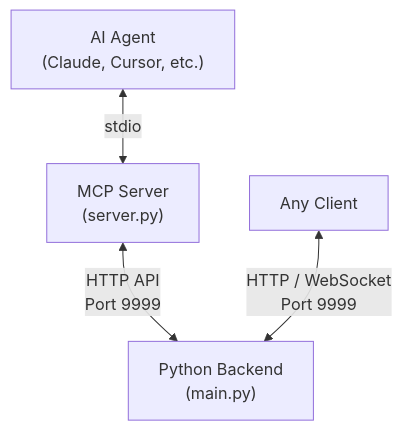
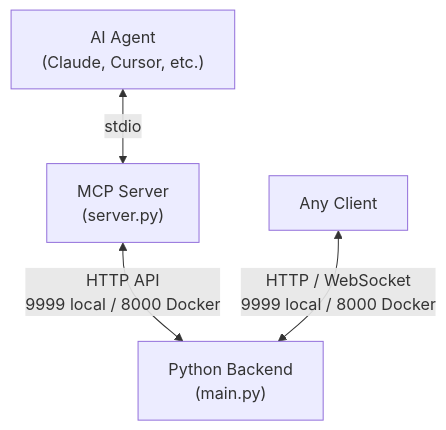
One commit to SamLawX/Opencat-LLM-Pet-for-Agent changed the diagram in README.md. Above: the diagram before and after it, drawn with Mermaid. The commit also changed other lines of this file and 1 other file, not shown here.

Commit message:
docs: align backend port instructions with local and Docker deployments

````diff
--- a/README.md
+++ b/README.md
@@ -28,6 +28,6 @@
 ```mermaid
 flowchart TD
     AG["AI Agent\n(Claude, Cursor, etc.)"] <-->|stdio| MCP["MCP Server\n(server.py)"]
-    MCP <-->|HTTP API\nPort 9999| BE["Python Backend\n(main.py)"]
-    CLIENT[Any Client] <-->|HTTP / WebSocket\nPort 9999| BE
+    MCP <-->|HTTP API\n9999 local / 8000 Docker| BE["Python Backend\n(main.py)"]
+    CLIENT[Any Client] <-->|HTTP / WebSocket\n9999 local / 8000 Docker| BE
 ```
````
